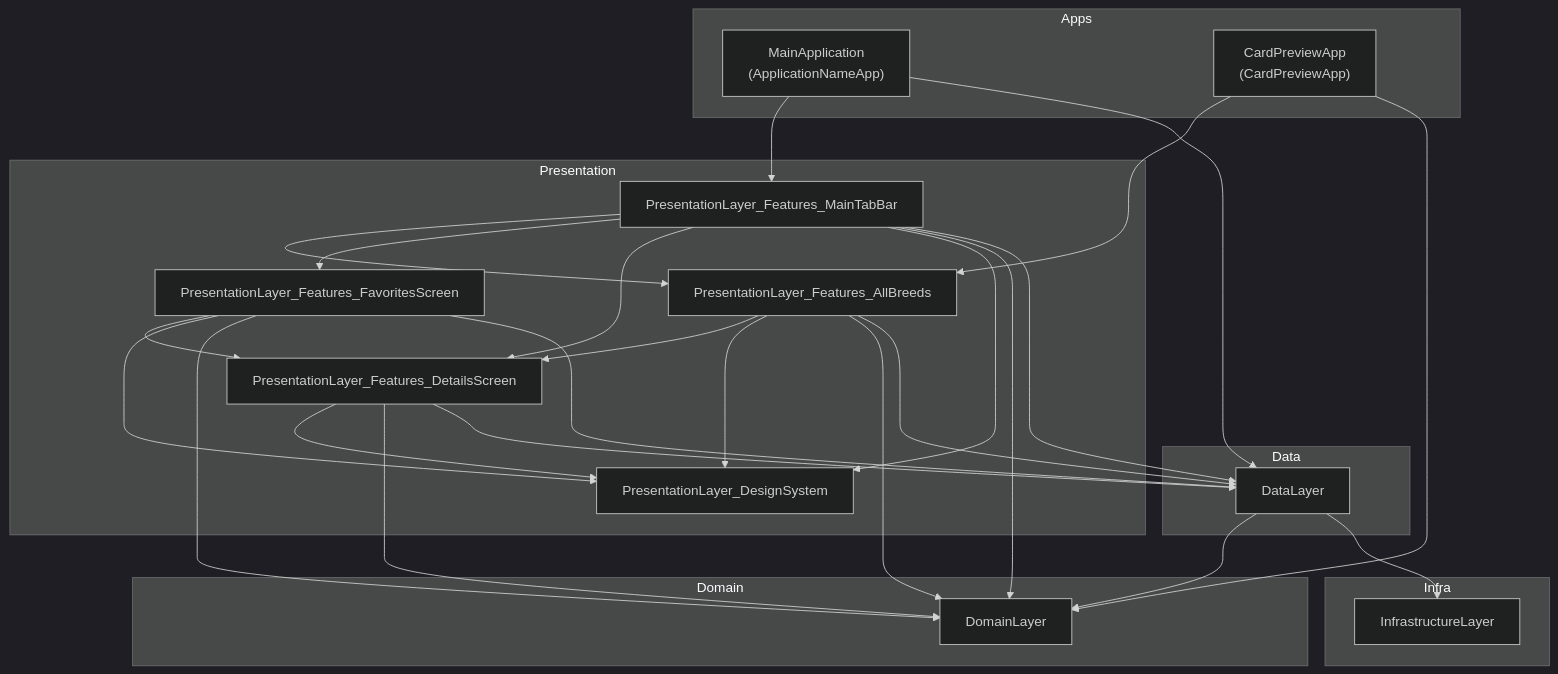
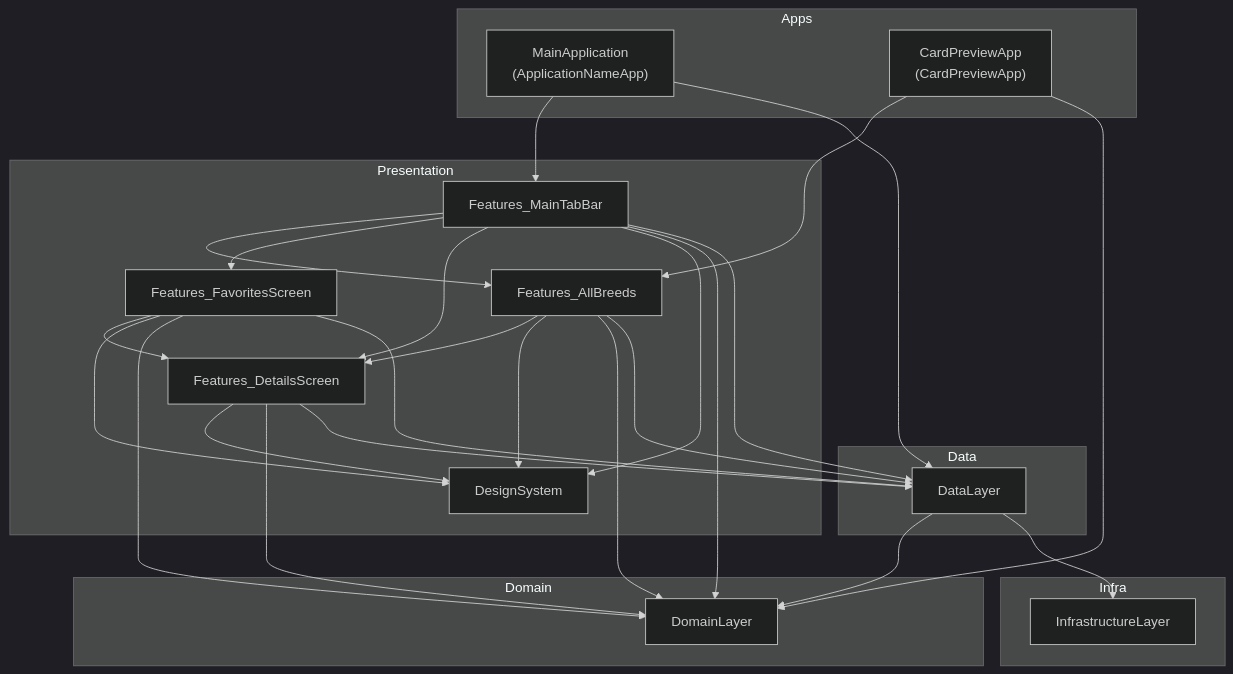
Before and after one commit to fuxlud/Modularized_iOS_App: the first of 10 diagrams in docs/architecture.md, drawn with Mermaid (dark theme). The commit also changed other lines of this file, not shown here.

````diff
--- a/docs/architecture.md
+++ b/docs/architecture.md
@@ -7,57 +7,57 @@
 ```mermaid
 flowchart TB
   subgraph Apps
     MainApp["MainApplication\n(ApplicationNameApp)"]
     PreviewApp["CardPreviewApp\n(CardPreviewApp)"]
   end
 
   subgraph Presentation
-    DesignSystem["PresentationLayer_DesignSystem"]
-    AllBreeds["PresentationLayer_Features_AllBreeds"]
-    Details["PresentationLayer_Features_DetailsScreen"]
-    Favorites["PresentationLayer_Features_FavoritesScreen"]
-    MainTab["PresentationLayer_Features_MainTabBar"]
+    DesignSystem["DesignSystem"]
+    AllBreeds["Features_AllBreeds"]
+    Details["Features_DetailsScreen"]
+    Favorites["Features_FavoritesScreen"]
+    MainTab["Features_MainTabBar"]
   end
 
   subgraph Domain
     DomainLayer["DomainLayer"]
   end
 
   subgraph Data
     DataLayer["DataLayer"]
   end
 
   subgraph Infra
     InfraLayer["InfrastructureLayer"]
   end
 
   MainApp --> MainTab
   MainApp --> DataLayer
 
   PreviewApp --> AllBreeds
   PreviewApp --> DomainLayer
 
   MainTab --> AllBreeds
   MainTab --> Favorites
   MainTab --> Details
   MainTab --> DesignSystem
   MainTab --> DomainLayer
   MainTab --> DataLayer
 
   AllBreeds --> Details
   AllBreeds --> DesignSystem
   AllBreeds --> DomainLayer
   AllBreeds --> DataLayer
 
   Favorites --> Details
   Favorites --> DesignSystem
   Favorites --> DomainLayer
   Favorites --> DataLayer
 
   Details --> DesignSystem
   Details --> DomainLayer
   Details --> DataLayer
 
   DataLayer --> DomainLayer
   DataLayer --> InfraLayer
 ```
````
